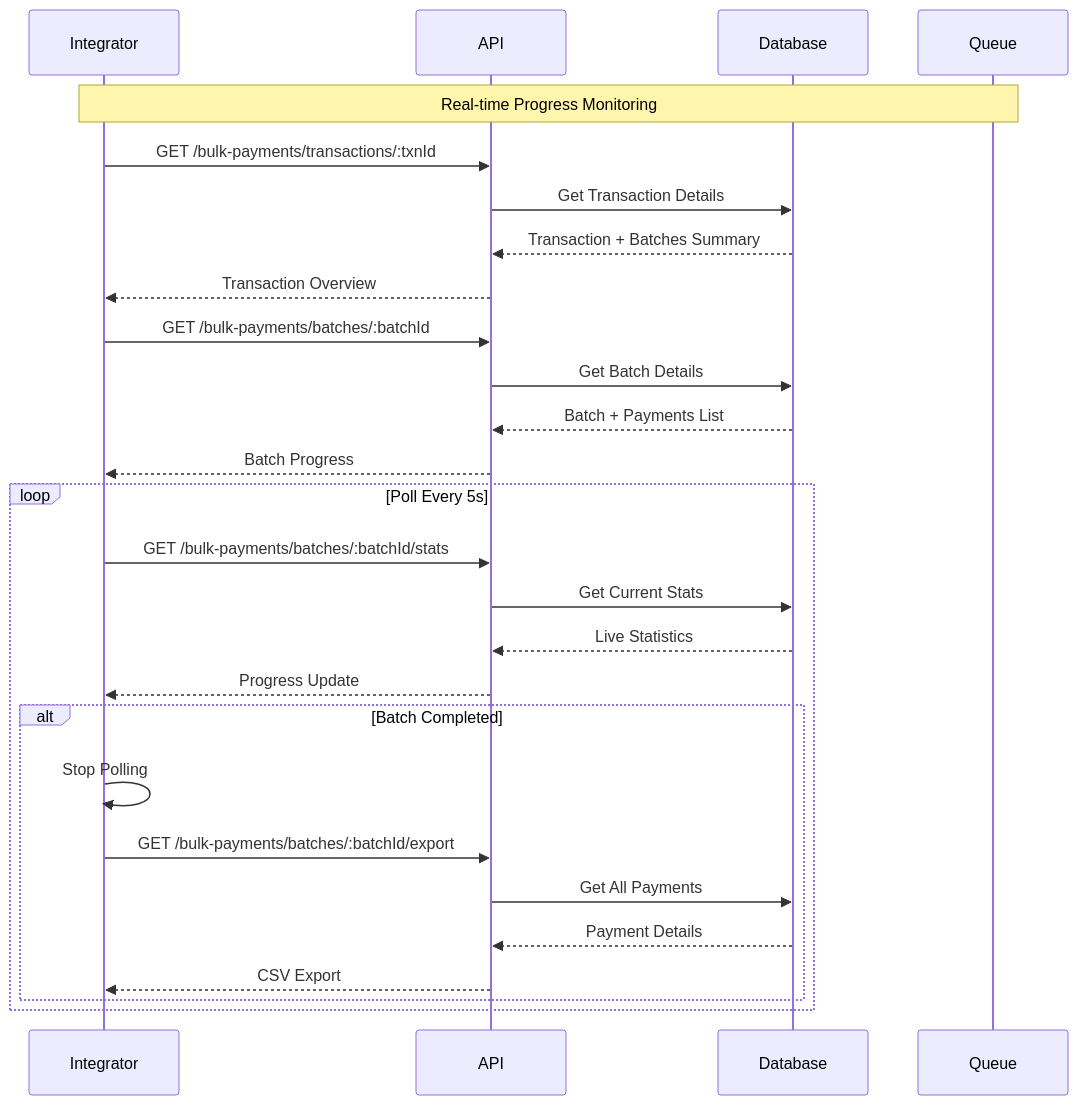
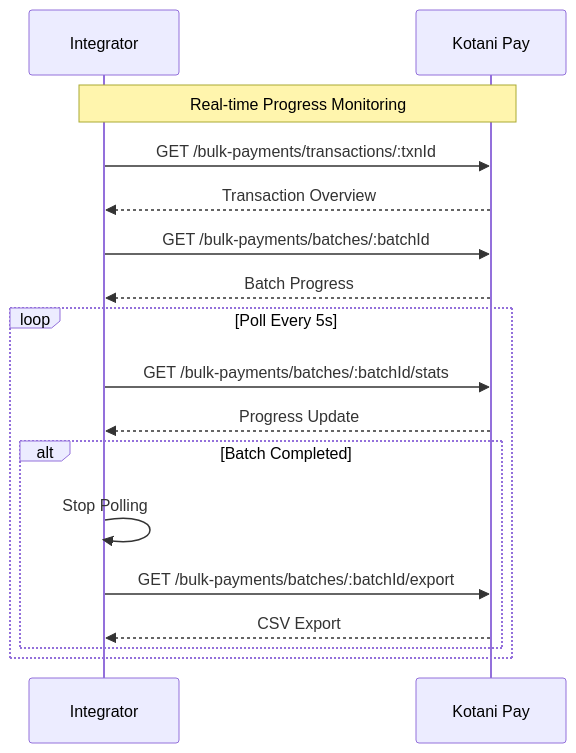
One commit to john-muinde/docs changed the third of 3 diagrams in v3/flows/bulk-payments-flow.mdx. Above: the diagram before and after it, drawn with Mermaid. The commit also changed other lines of this file and 5 other files, not shown here.

````diff
--- a/v3/flows/bulk-payments-flow.mdx
+++ b/v3/flows/bulk-payments-flow.mdx
@@ -342,34 +294,24 @@
 ```mermaid
 sequenceDiagram
     participant Integrator
-    participant API
-    participant Database
-    participant Queue
+    participant Kotani Pay
 
-    Note over Integrator,Queue: Real-time Progress Monitoring
+    Note over Integrator,Kotani Pay: Real-time Progress Monitoring
 
-    Integrator->>API: GET /bulk-payments/transactions/:txnId
-    API->>Database: Get Transaction Details
-    Database-->>API: Transaction + Batches Summary
-    API-->>Integrator: Transaction Overview
+    Integrator->>Kotani Pay: GET /bulk-payments/transactions/:txnId
+    Kotani Pay-->>Integrator: Transaction Overview
 
-    Integrator->>API: GET /bulk-payments/batches/:batchId
-    API->>Database: Get Batch Details
-    Database-->>API: Batch + Payments List
-    API-->>Integrator: Batch Progress
+    Integrator->>Kotani Pay: GET /bulk-payments/batches/:batchId
+    Kotani Pay-->>Integrator: Batch Progress
 
     loop Poll Every 5s
-        Integrator->>API: GET /bulk-payments/batches/:batchId/stats
-        API->>Database: Get Current Stats
-        Database-->>API: Live Statistics
-        API-->>Integrator: Progress Update
+        Integrator->>Kotani Pay: GET /bulk-payments/batches/:batchId/stats
+        Kotani Pay-->>Integrator: Progress Update
 
         alt Batch Completed
             Integrator->>Integrator: Stop Polling
-            Integrator->>API: GET /bulk-payments/batches/:batchId/export
-            API->>Database: Get All Payments
-            Database-->>API: Payment Details
-            API-->>Integrator: CSV Export
+            Integrator->>Kotani Pay: GET /bulk-payments/batches/:batchId/export
+            Kotani Pay-->>Integrator: CSV Export
         end
     end
 ```
````
